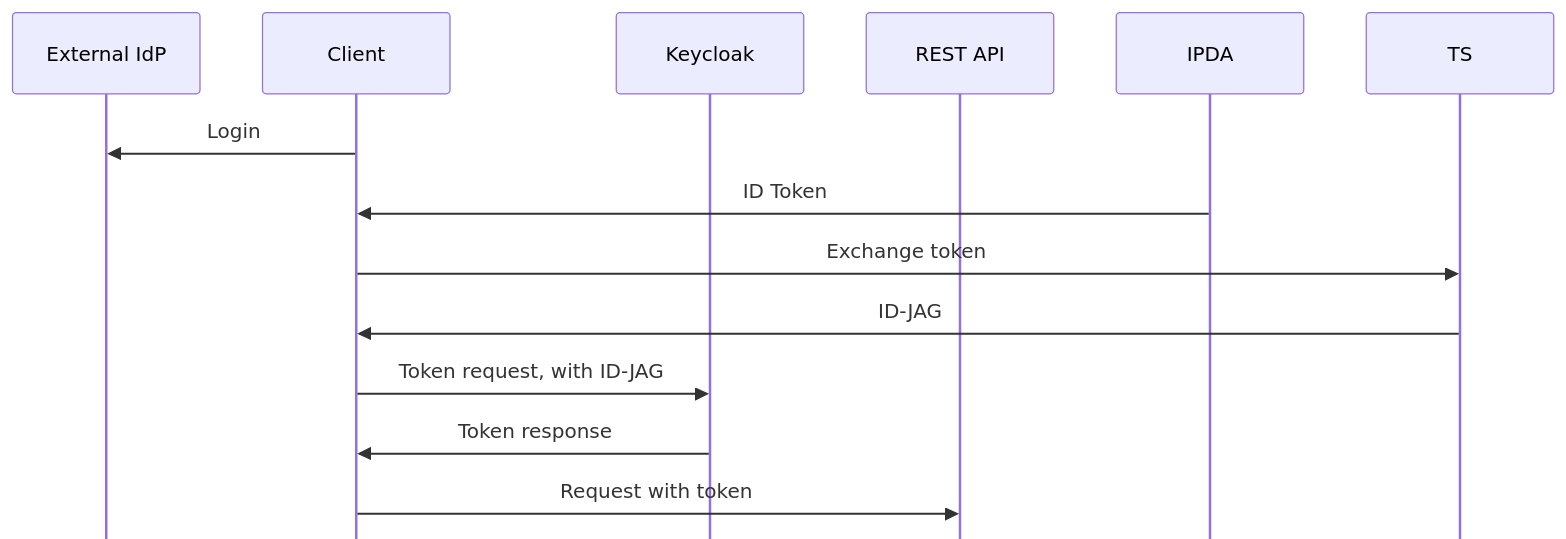
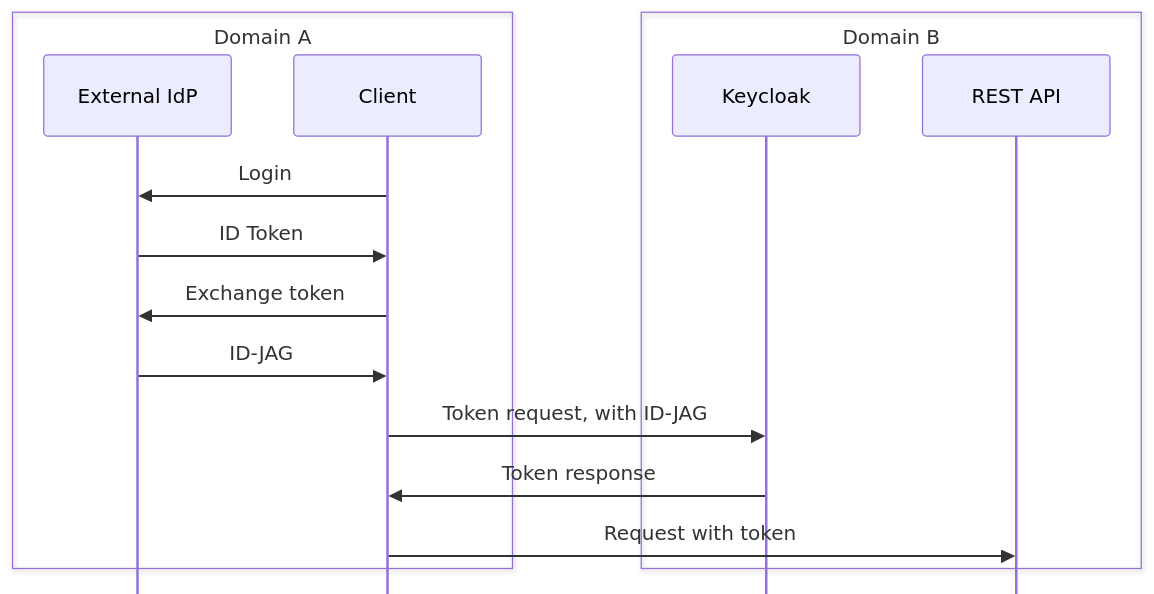
Before and after one commit to stianst/playground: the fifth of 6 diagrams in seq/flows.md, drawn with Mermaid.

````diff
--- a/seq/flows.md
+++ b/seq/flows.md
@@ -84,18 +84,23 @@
 ```mermaid
 ---
 config:
     mirrorActors: false
 ---
 sequenceDiagram
-    participant IDPA as External IdP
+    box Domain A
+    participant E as External IdP
     participant C as Client
-    participant IDPB as Keycloak
+    end
+    box Domain B
+    participant KC as Keycloak
     participant RS as REST API
-    C->>IDPA: Login
-    IPDA->>C: ID Token
-    C->>TS: Exchange token
-    TS->>C: ID-JAG
-    C->>IDPB: Token request, with ID-JAG
-    IDPB->>C: Token response
+    end
+
+    C->>E: Login
+    E->>C: ID Token
+    C->>E: Exchange token
+    E->>C: ID-JAG
+    C->>KC: Token request, with ID-JAG
+    KC->>C: Token response
     C->>RS: Request with token
 ```
````
